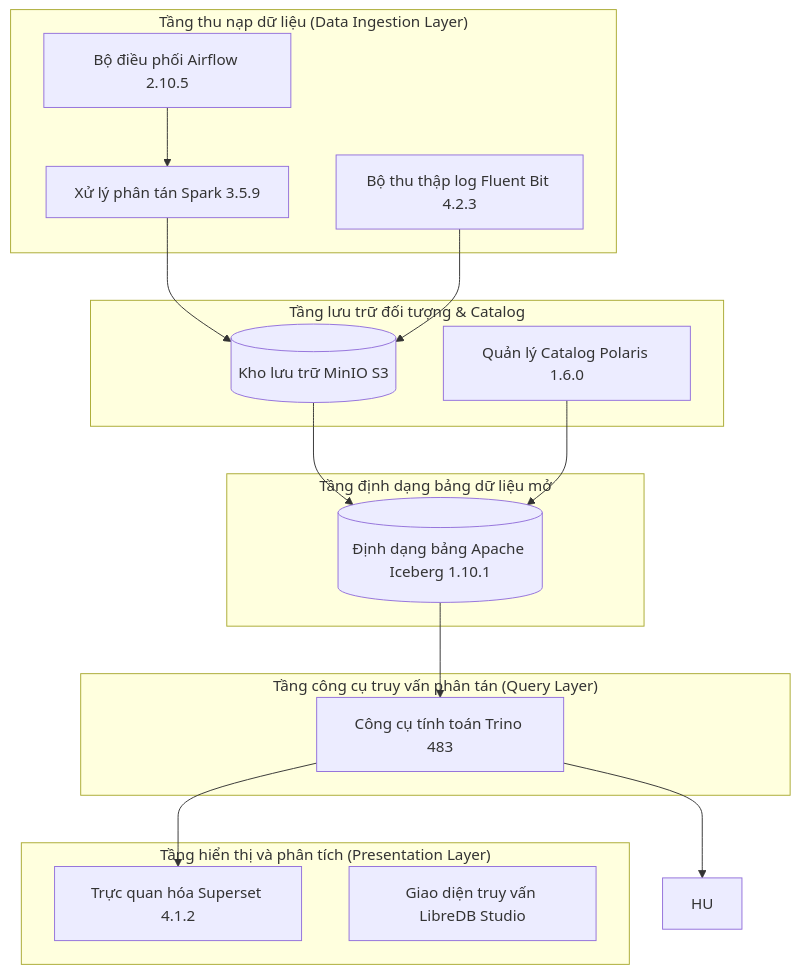
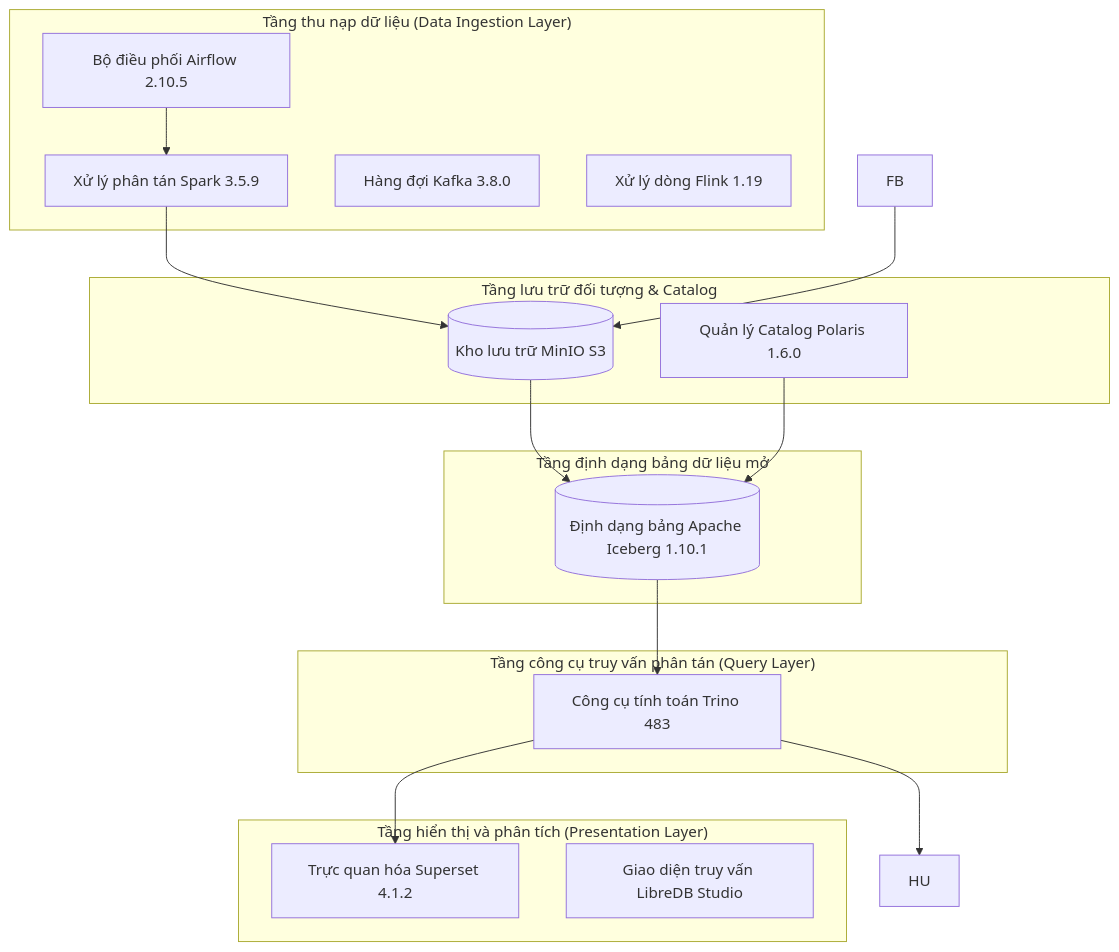
Before and after one commit to DanhTrannn/TLCN: diagram 43 of 57 in docs/design-analysis/OOSAD_ANALYSIS.md, drawn with Mermaid. The commit also changed other lines of this file and 15 other files, not shown here.

Commit message:
chore: remove deprecated fluent-bit and update documentation for streaming architecture

````diff
--- a/docs/design-analysis/OOSAD_ANALYSIS.md
+++ b/docs/design-analysis/OOSAD_ANALYSIS.md
@@ -2078,35 +2078,35 @@
 ```mermaid
 graph TB
     subgraph "Tầng thu nạp dữ liệu (Data Ingestion Layer)"
         AF[Bộ điều phối Airflow 2.10.5]
         SP[Xử lý phân tán Spark 3.5.9]
-        FB[Bộ thu thập log Fluent Bit 4.2.3]
+        KF[Hàng đợi Kafka 3.8.0] & FL[Xử lý dòng Flink 1.19]
     end
     
     subgraph "Tầng lưu trữ đối tượng & Catalog"
         S3[(Kho lưu trữ MinIO S3)]
         POL[Quản lý Catalog Polaris 1.6.0]
     end
     
     subgraph "Tầng định dạng bảng dữ liệu mở"
         ICE[(Định dạng bảng Apache Iceberg 1.10.1)]
     end
     
     subgraph "Tầng công cụ truy vấn phân tán (Query Layer)"
         TR[Công cụ tính toán Trino 483]
     end
     
     subgraph "Tầng hiển thị và phân tích (Presentation Layer)"
         SU[Trực quan hóa Superset 4.1.2]
         LU[Giao diện truy vấn LibreDB Studio]
     end
     
     AF --> SP
     SP --> S3
     FB --> S3
     S3 --> ICE
     POL --> ICE
     ICE --> TR
     TR --> SU
     TR --> HU
 ```
````
